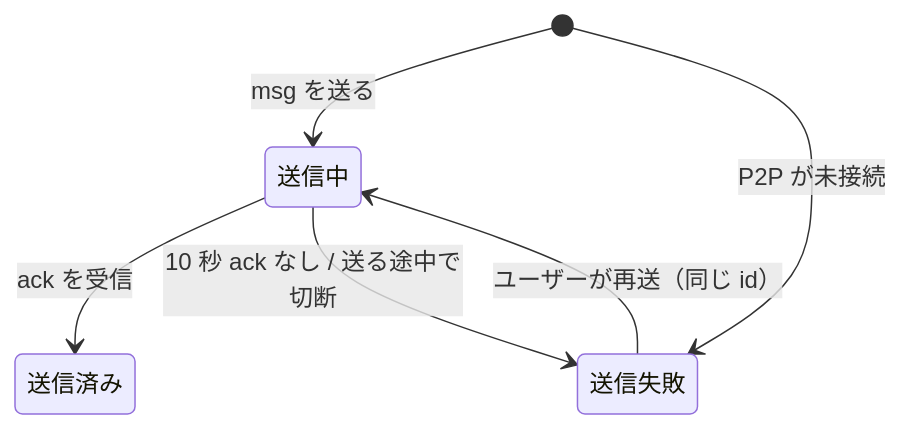
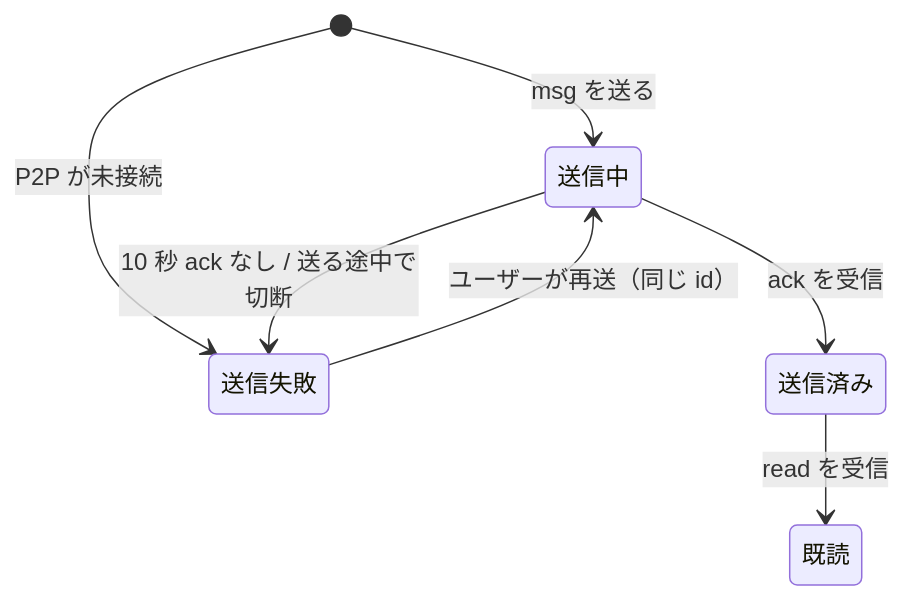
Before and after one commit to scolor-dev/p2p-chat: the ninth of 10 diagrams in docs/design.md, drawn with Mermaid. The commit also changed other lines of this file and 22 other files, not shown here.

````diff
--- a/docs/design.md
+++ b/docs/design.md
@@ -497,8 +498,9 @@
 ```mermaid
 stateDiagram-v2
     [*] --> 送信中: msg を送る
     [*] --> 送信失敗: P2P が未接続
     送信中 --> 送信済み: ack を受信
+    送信済み --> 既読: read を受信
     送信中 --> 送信失敗: 10 秒 ack なし / 送る途中で切断
     送信失敗 --> 送信中: ユーザーが再送（同じ id）
 ```
````
